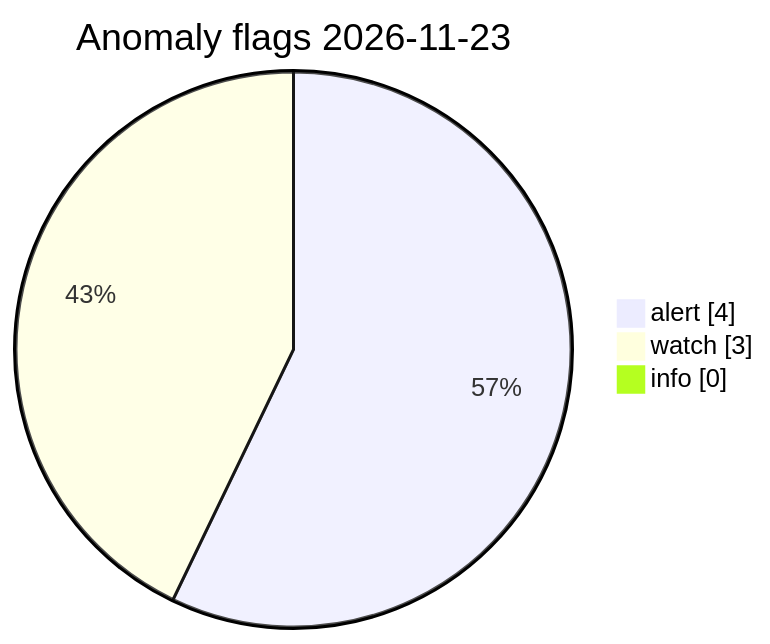
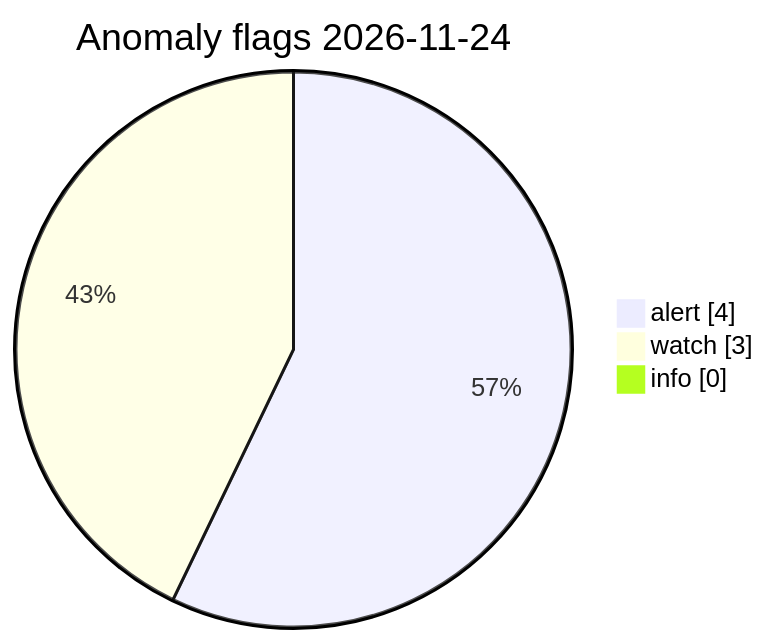
Before and after one commit to Midwest-Stratospheric/Unified-Open-Global-Weather: the diagram in visuals/latest/CHARTS.md, drawn with Mermaid. The commit also changed other lines of this file and 23 other files, not shown here.

Commit message:
data(visuals): automated charts 2026-11-24T01:02Z

````diff
--- a/visuals/latest/CHARTS.md
+++ b/visuals/latest/CHARTS.md
@@ -73,7 +73,7 @@
 ```mermaid
 pie showData
-  title Anomaly flags 2026-11-23
+  title Anomaly flags 2026-11-24
   "alert" : 4
   "watch" : 3
   "info" : 0
 ```
````
